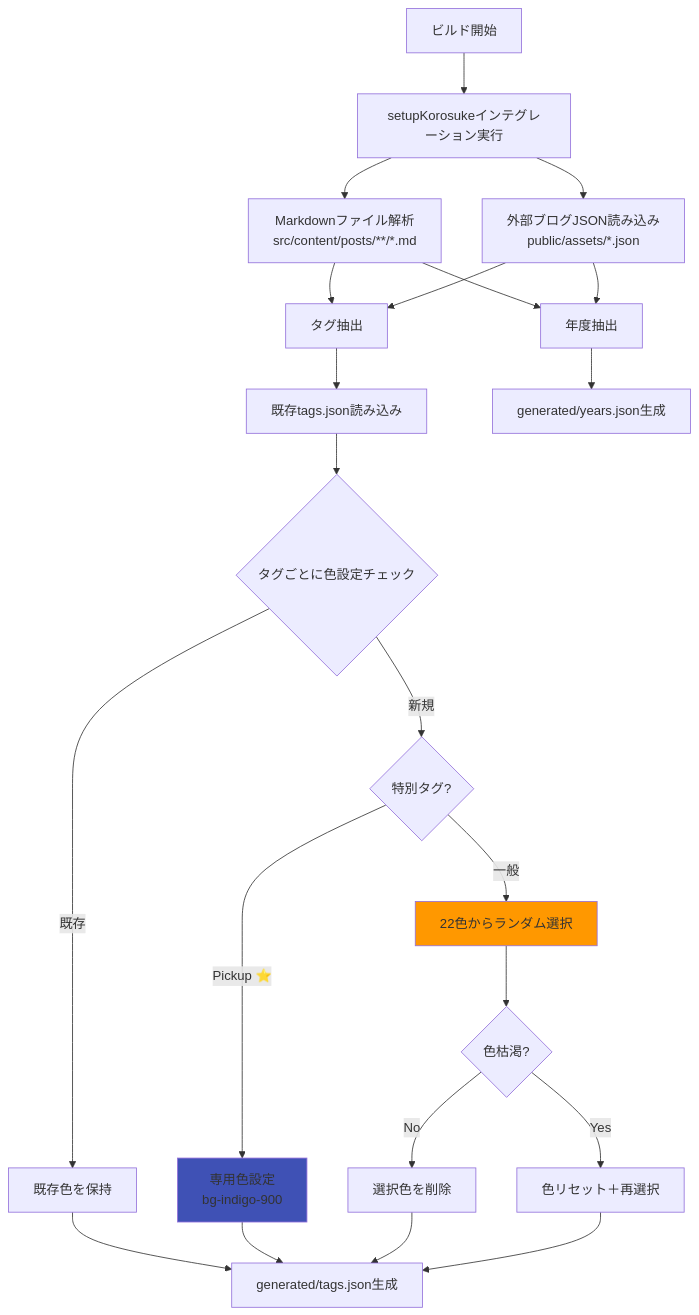
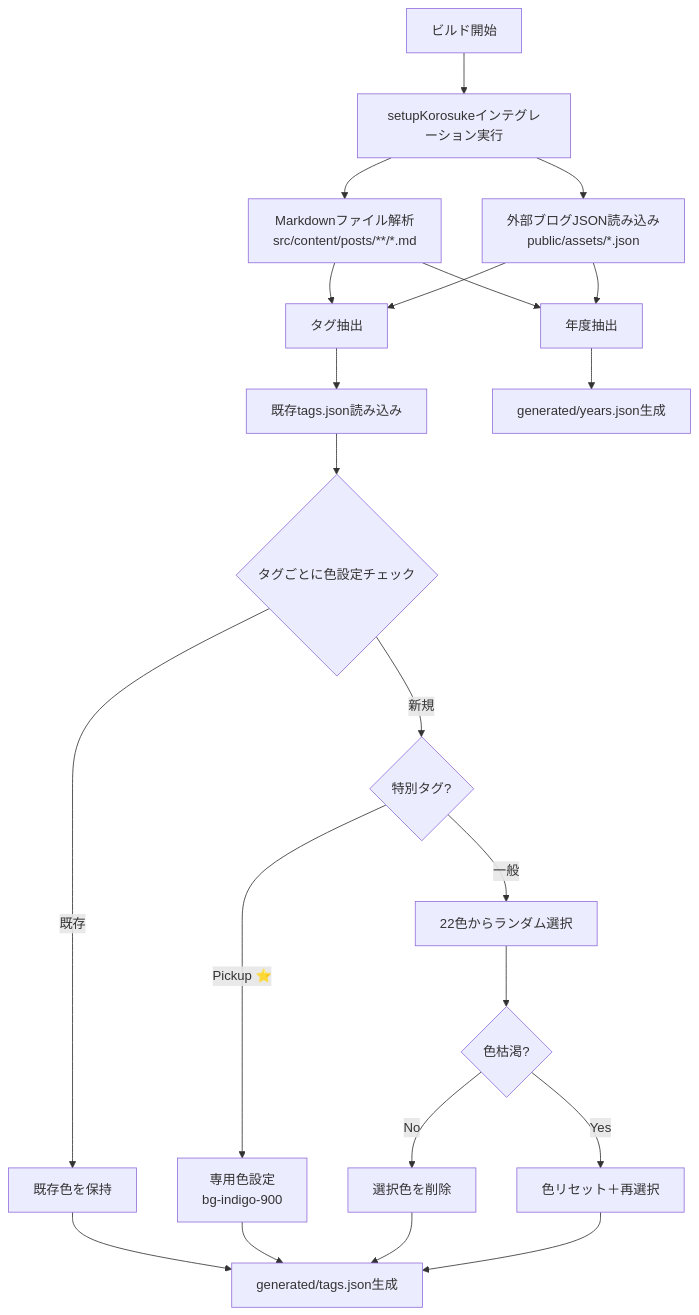
The fifth of 8 diagrams in src/content/posts/20250727_tech_stack.md (korosuke613/homepage-2nd), drawn with Mermaid before and after one commit. The commit also changed other lines of this file and 7 other files, not shown here.

First line of the commit message:
feat: Mermaid図表サポートとClaude Code エージェント設定を追加

````diff
--- a/src/content/posts/20250727_tech_stack.md
+++ b/src/content/posts/20250727_tech_stack.md
@@ -127,35 +292,32 @@
 ```mermaid
 graph TD
     A[ビルド開始] --> B[setupKorosukeインテグレーション実行]
     
     B --> C[Markdownファイル解析<br/>src/content/posts/**/*.md]
     B --> D[外部ブログJSON読み込み<br/>public/assets/*.json]
     
     C --> E[タグ抽出]
     D --> E
     C --> F[年度抽出]
     D --> F
     
     E --> G[既存tags.json読み込み]
     G --> H{タグごとに色設定チェック}
     
     H -->|既存| I[既存色を保持]
     H -->|新規| J{特別タグ?}
     
     J -->|Pickup ⭐️| K[専用色設定<br/>bg-indigo-900]
     J -->|一般| L[22色からランダム選択]
     
     L --> M{色枯渇?}
     M -->|Yes| N[色リセット＋再選択]
     M -->|No| O[選択色を削除]
     
     I --> P[generated/tags.json生成]
     K --> P
     O --> P
     N --> P
     
     F --> Q[generated/years.json生成]
-    
-    style K fill:#3f51b5
-    style L fill:#ff9800
 ```
````
